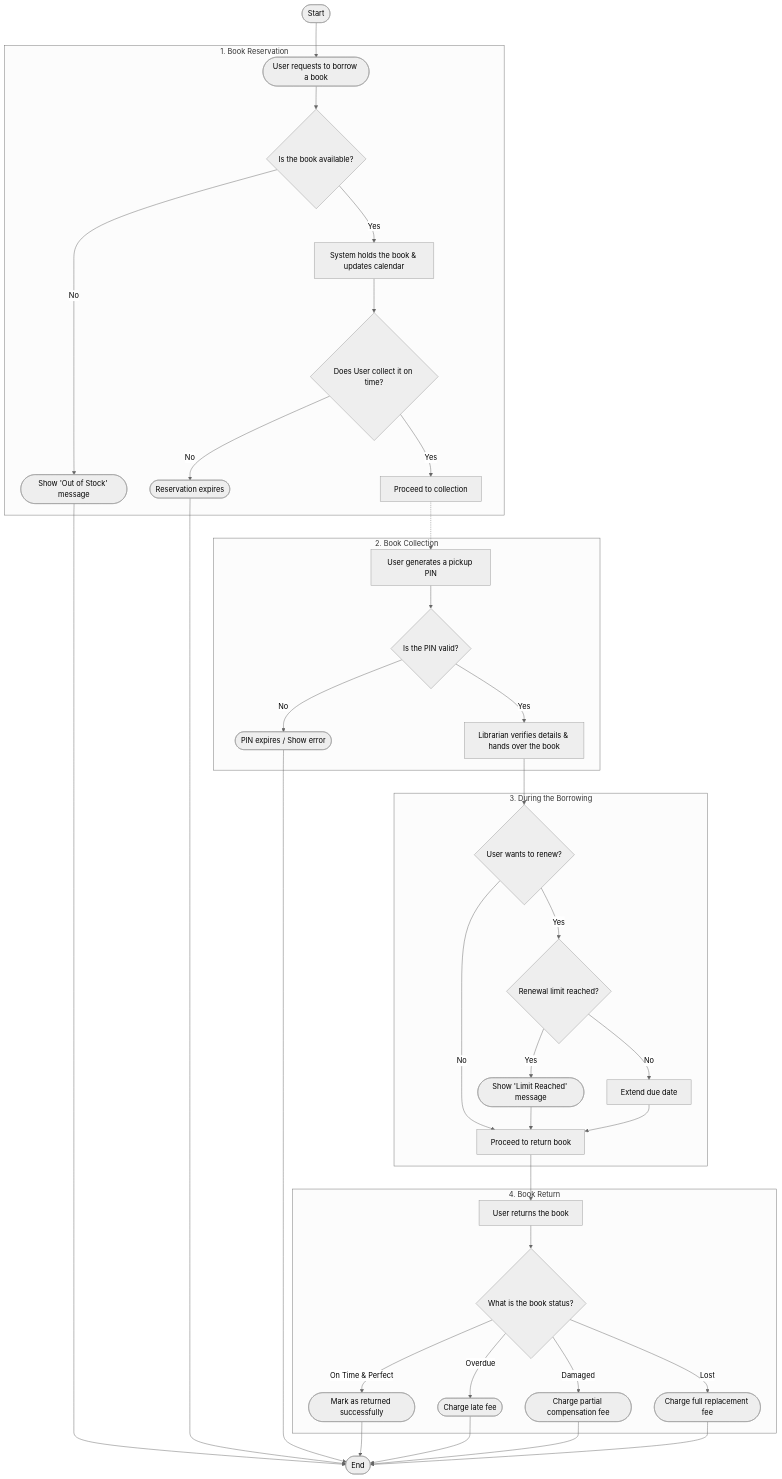
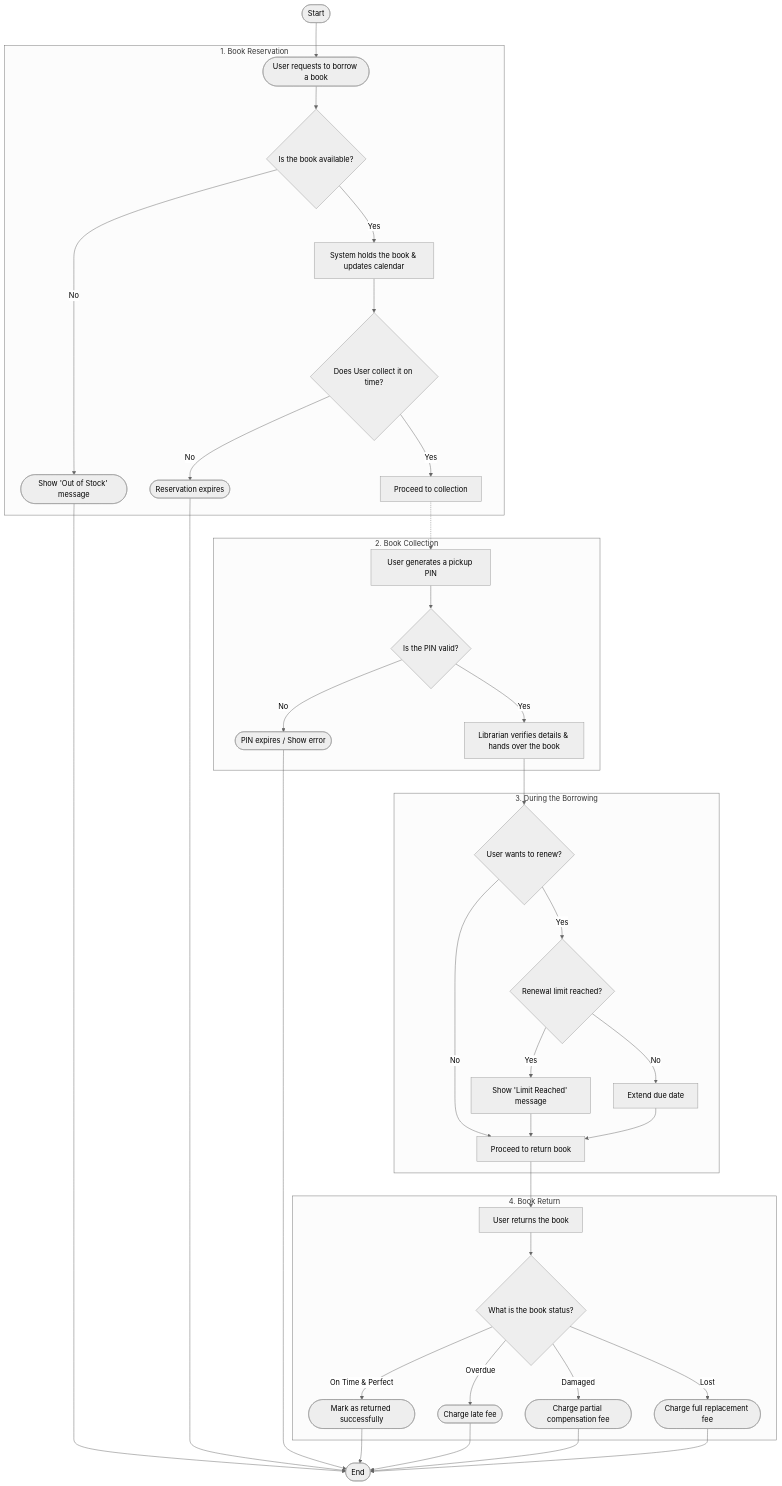
One commit to DuyNhat1705/AmeThyst-Library changed the first of 2 diagrams in docs/management/PA2/VisionDocument.md. Above: the diagram before and after it, drawn with Mermaid (neutral theme).

Commit message:
Adjust a small diagram issue

````diff
--- a/docs/management/PA2/VisionDocument.md
+++ b/docs/management/PA2/VisionDocument.md
@@ -253,69 +253,68 @@
 ```mermaid
 flowchart TB
     S(["Start"])
  subgraph Reservation["1. Book Reservation"]
         B{"Is the book available?"}
         A(["User requests to borrow a book"])
         B1@{ label: "Show 'Out of Stock' message" }
         C["System holds the book & updates calendar"]
         D{"Does User collect it on time?"}
         D1(["Reservation expires"])
         Collect["Proceed to collection"]
   end
  subgraph Collection["2. Book Collection"]
         G{"Is the PIN valid?"}
         F["User generates a pickup PIN"]
         G1(["PIN expires / Show error"])
         H["Librarian verifies details & hands over the book"]
   end
  subgraph Management["3. During the Borrowing"]
         I{"User wants to renew?"}
         J{"Renewal limit reached?"}
-        J1@{ label: "Show 'Limit Reached' message" }
+        J1["Show 'Limit Reached' message"]
         J2["Extend due date"]
         K["Proceed to return book"]
   end
  subgraph Return["4. Book Return"]
         L["User returns the book"]
         M{"What is the book status?"}
         N1(["Mark as returned successfully"])
         N2(["Charge late fee"])
         N3(["Charge partial compensation fee"])
         N4(["Charge full replacement fee"])
   end
     End(["End"])
     S --> A
     A --> B
     B -- No --> B1
     B -- Yes --> C
     C --> D
     D -- No --> D1
     D -- Yes --> Collect
     F --> G
     G -- No --> G1
     G -- Yes --> H
     H --> I
     I -- Yes --> J
     J -- Yes --> J1
     J -- No --> J2
     I -- No --> K
     J1 --> K
     J2 --> K
     K --> L
     L --> M
     M -- On Time & Perfect --> N1
     M -- Overdue --> N2
     M -- Damaged --> N3
     M -- Lost --> N4
     Collect -.-> F
     B1 --> End
     D1 --> End
     G1 --> End
     N1 --> End
     N2 --> End
     N3 --> End
     N4 --> End
 
     B1@{ shape: stadium}
-    J1@{ shape: stadium}
  ```
````
